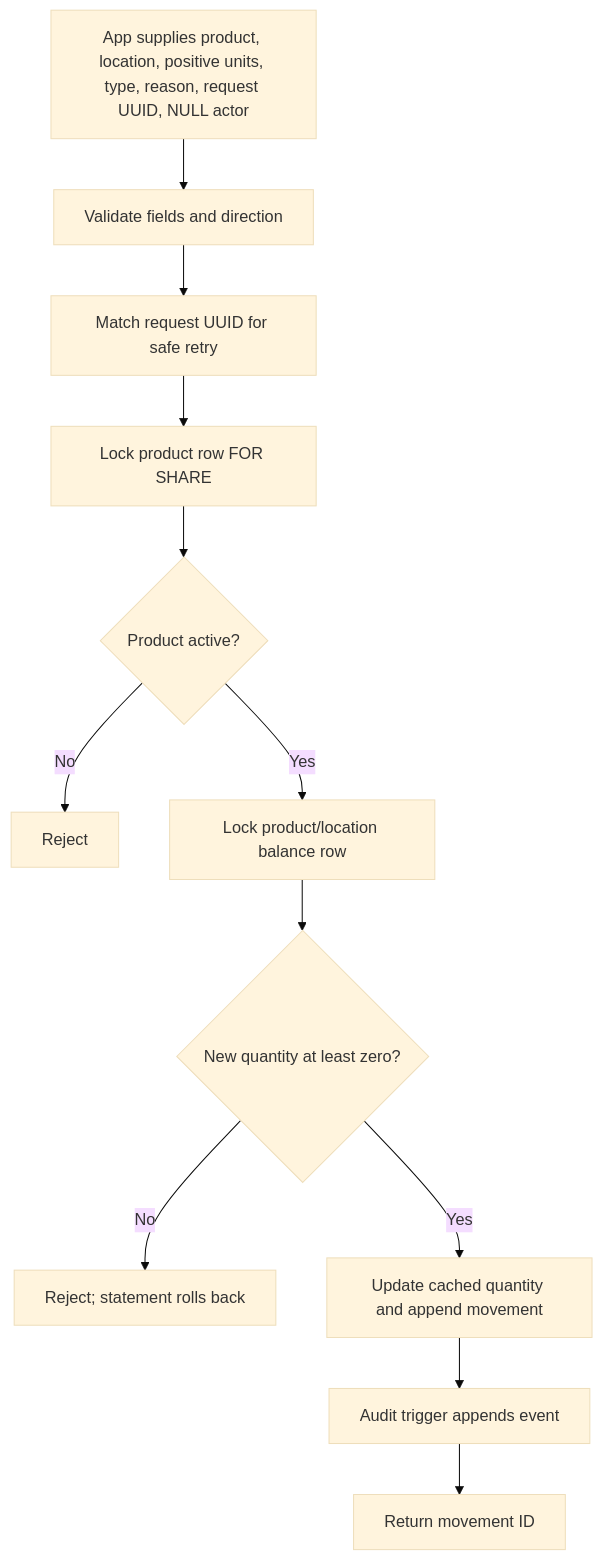
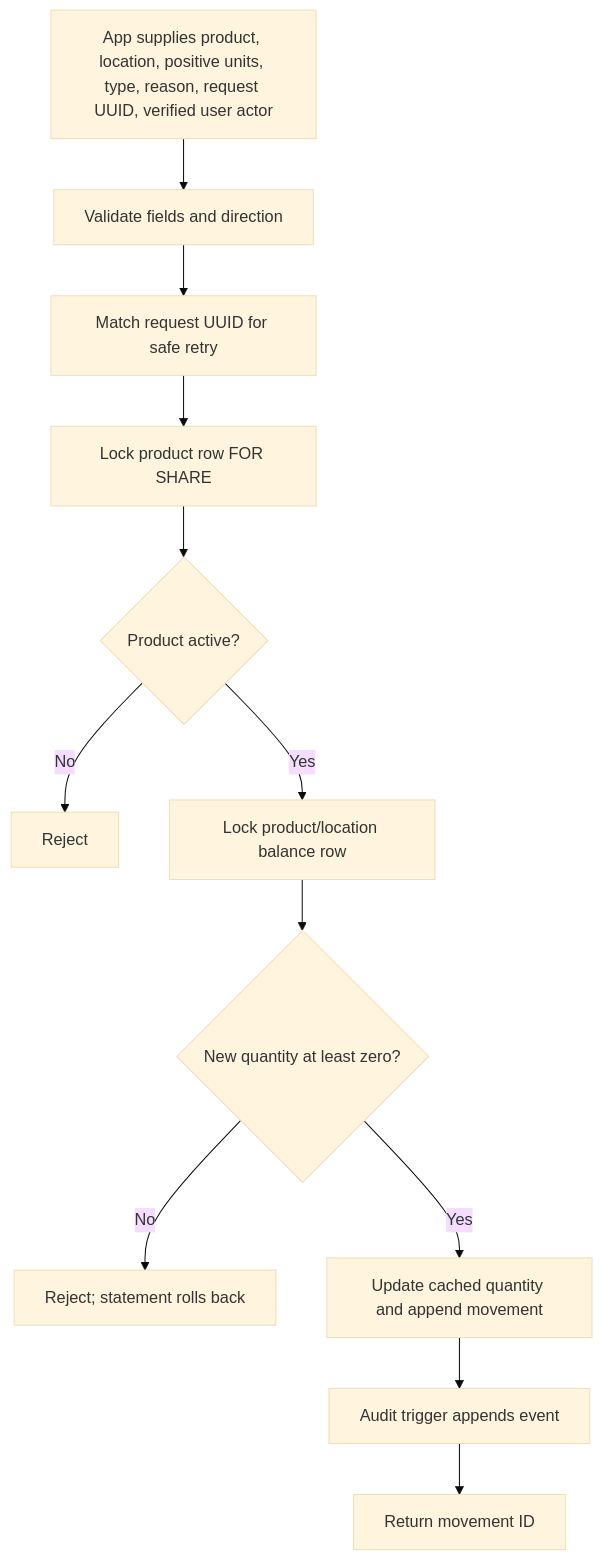
The diagram in docs/USER_MANUAL.md (sysinfo7/Inventory_System), drawn with Mermaid (base theme) before and after one commit. The commit also changed other lines of this file and 39 other files, not shown here.

````diff
--- a/docs/USER_MANUAL.md
+++ b/docs/USER_MANUAL.md
@@ -76,14 +93,14 @@
 ```mermaid
 flowchart TD
-    A[App supplies product, location, positive units, type, reason, request UUID, NULL actor] --> B[Validate fields and direction]
+    A[App supplies product, location, positive units, type, reason, request UUID, verified user actor] --> B[Validate fields and direction]
     B --> C[Match request UUID for safe retry]
     C --> D[Lock product row FOR SHARE]
     D --> E{Product active?}
     E -- No --> F[Reject]
     E -- Yes --> G[Lock product/location balance row]
     G --> H{New quantity at least zero?}
     H -- No --> I[Reject; statement rolls back]
     H -- Yes --> J[Update cached quantity and append movement]
     J --> K[Audit trigger appends event]
     K --> L[Return movement ID]
 ```
````
